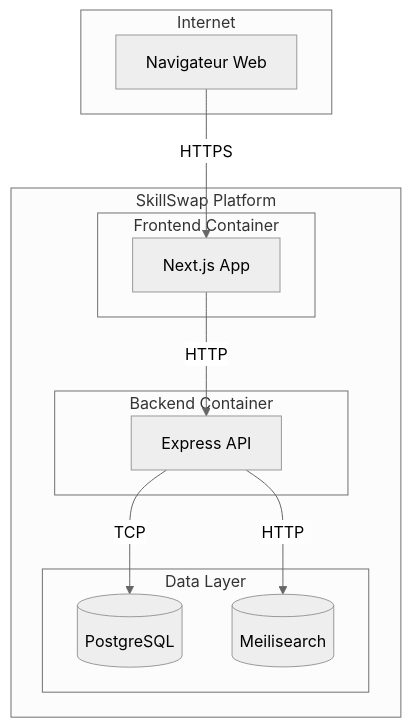
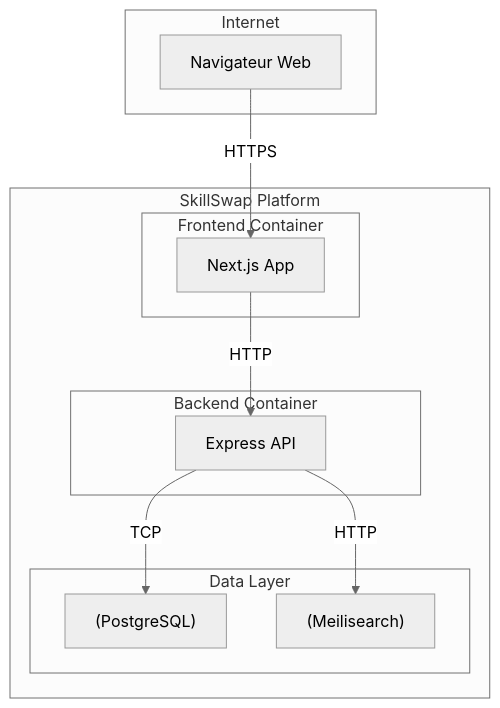
Before and after one commit to Sojeremy/documentation-skillswap: the second of 4 diagrams in docs/documentation-implementation/arc42/03-context/index.md, drawn with Mermaid (neutral theme). The commit also changed 14 other files, not shown here.

Commit message:
docs: fix syntaxe Mermaid (labels quotés sur flowchart/graph) — 15 fichiers

````diff
--- a/docs/documentation-implementation/arc42/03-context/index.md
+++ b/docs/documentation-implementation/arc42/03-context/index.md
@@ -43,26 +43,26 @@
 ```mermaid
 flowchart TB
     subgraph Internet
-        Browser[Navigateur Web]
+        Browser["Navigateur Web"]
     end
 
     subgraph "SkillSwap Platform"
         subgraph "Frontend Container"
-            NextJS[Next.js App]
+            NextJS["Next.js App"]
         end
 
         subgraph "Backend Container"
-            Express[Express API]
+            Express["Express API"]
         end
 
         subgraph "Data Layer"
-            PG[(PostgreSQL)]
-            MS[(Meilisearch)]
+            PG["(PostgreSQL)"]
+            MS["(Meilisearch)"]
         end
     end
 
-    Browser -->|HTTPS| NextJS
-    NextJS -->|HTTP| Express
-    Express -->|TCP| PG
-    Express -->|HTTP| MS
+    Browser -->|"HTTPS"| NextJS
+    NextJS -->|"HTTP"| Express
+    Express -->|"TCP"| PG
+    Express -->|"HTTP"| MS
 ```
````
